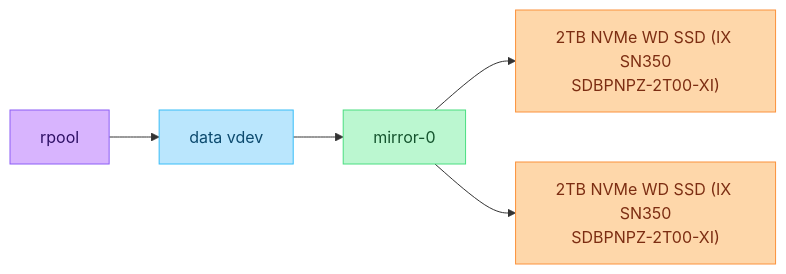
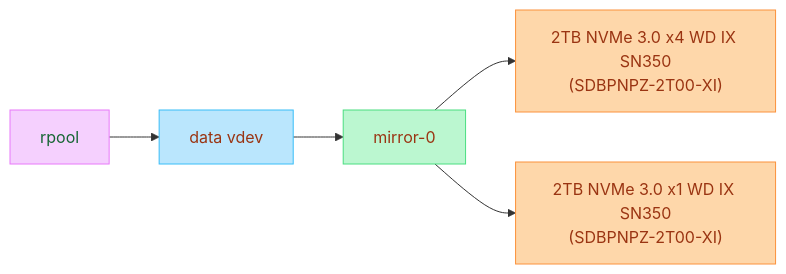
The third of 3 diagrams in README.md (danterazo/docker-configs), drawn with Mermaid before and after one commit. The commit also changed other lines of this file, not shown here.

Commit message:
Mermaid improvements

````diff
--- a/README.md
+++ b/README.md
@@ -82,17 +68,17 @@
 ```mermaid
 flowchart LR
-    rpool["rpool"] --> rpool_data["data vdev"]
+    rpool --> rpool_data["data vdev"]
     rpool_data --> rpool_mirror["mirror-0"]
-    rpool_mirror --> rpool_nvme1["2TB NVMe WD SSD (IX SN350<br/>SDBPNPZ-2T00-XI)"]
-    rpool_mirror --> rpool_nvme2["2TB NVMe WD SSD (IX SN350<br/>SDBPNPZ-2T00-XI)"]
+    rpool_mirror --> rpool_nvme1["2TB NVMe 3.0 x4 WD IX SN350<br>(SDBPNPZ-2T00-XI)"]
+    rpool_mirror --> rpool_nvme2["2TB NVMe 3.0 x1 WD IX SN350<br>(SDBPNPZ-2T00-XI)"]
 
-    classDef pool fill:#d8b4fe,color:#2e1065,stroke:#8b5cf6
-    classDef vdev fill:#bae6fd,color:#0c4a6e,stroke:#38bdf8
-    classDef mirror fill:#bbf7d0,color:#14532d,stroke:#4ade80
-    classDef disk fill:#fed7aa,color:#7c2d12,stroke:#fb923c
+    classDef pool fill:#f5d0fe,color:#166534,stroke:#e879f9
+    classDef vdev fill:#bae6fd,color:#9a3412,stroke:#38bdf8
+    classDef mirror fill:#bbf7d0,color:#9a3412,stroke:#4ade80
+    classDef disk fill:#fed7aa,color:#9a3412,stroke:#fb923c
 
     class rpool pool
     class rpool_data vdev
     class rpool_mirror mirror
     class rpool_nvme1,rpool_nvme2 disk
 ```
````
